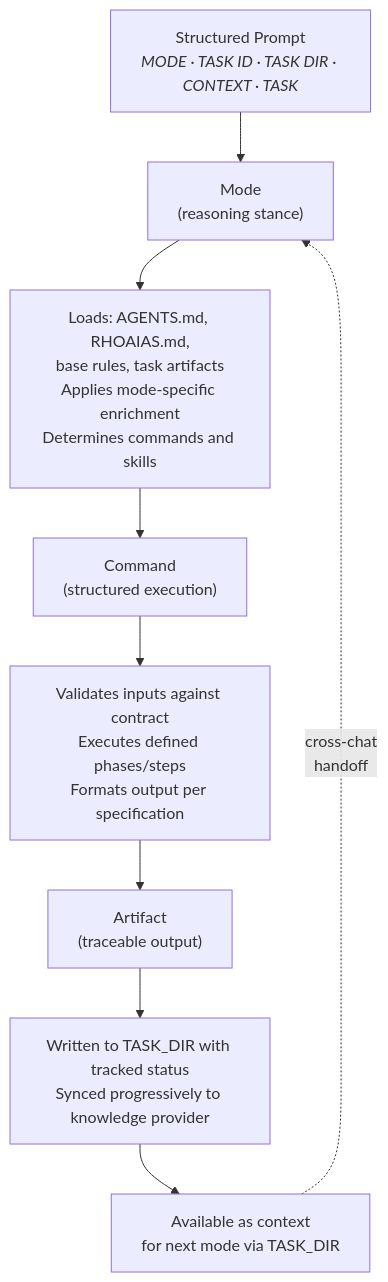
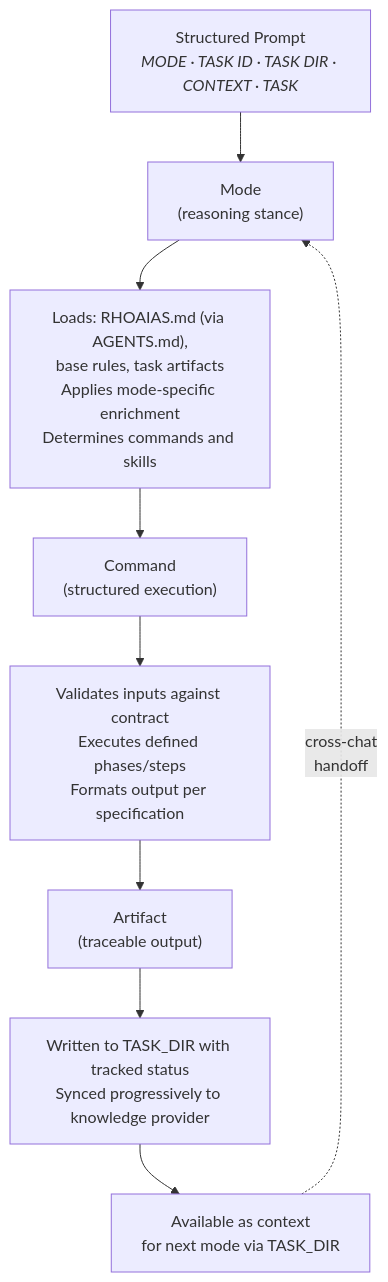
Before and after one commit to reeceGuerra/aias: the second of 4 diagrams in docs/ARCHITECTURE.md, drawn with Mermaid. The commit also changed other lines of this file and 2 other files, not shown here.

Commit message:
docs: Standardize RHOAIAS.md as the primary project context

````diff
--- a/docs/ARCHITECTURE.md
+++ b/docs/ARCHITECTURE.md
@@ -239,26 +243,26 @@
 ```mermaid
 flowchart TD
     SP["Structured Prompt<br/><i>MODE · TASK ID · TASK DIR · CONTEXT · TASK</i>"]
 
     SP --> Mode
 
     Mode["Mode<br/>(reasoning stance)"]
 
-    Mode --> ModeDetails["Loads: AGENTS.md, RHOAIAS.md,<br/>base rules, task artifacts<br/>Applies mode-specific enrichment<br/>Determines commands and skills"]
+    Mode --> ModeDetails["Loads: RHOAIAS.md (via AGENTS.md),<br/>base rules, task artifacts<br/>Applies mode-specific enrichment<br/>Determines commands and skills"]
 
     ModeDetails --> Command
 
     Command["Command<br/>(structured execution)"]
 
     Command --> CmdDetails["Validates inputs against contract<br/>Executes defined phases/steps<br/>Formats output per specification"]
 
     CmdDetails --> Artifact
 
     Artifact["Artifact<br/>(traceable output)"]
 
     Artifact --> ArtDetails["Written to TASK_DIR with tracked status<br/>Synced progressively to knowledge provider"]
 
     ArtDetails --> NextMode["Available as context<br/>for next mode via TASK_DIR"]
 
     NextMode -.->|"cross-chat<br/>handoff"| Mode
 ```
````
